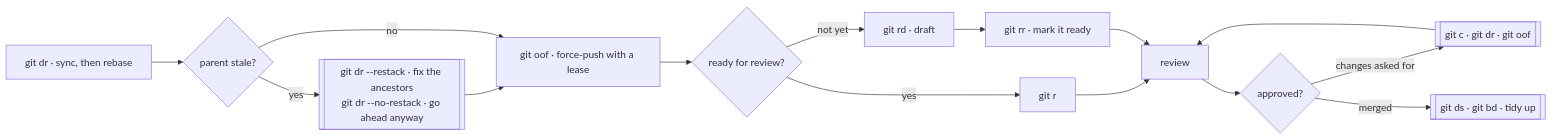
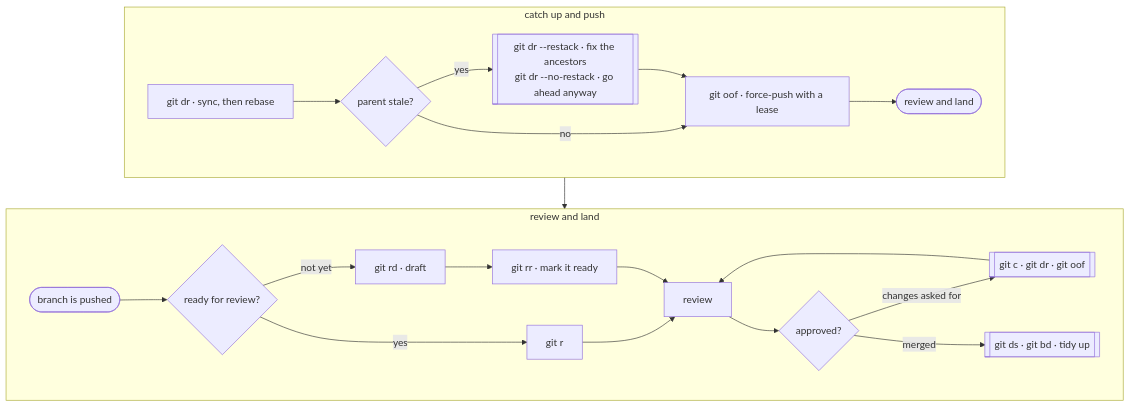
Before and after one commit to adrian-enspired/gitconfig: the diagram in docs/opening-a-pull-request.md, drawn with Mermaid. The commit also changed 11 other files, not shown here.

````diff
--- a/docs/opening-a-pull-request.md
+++ b/docs/opening-a-pull-request.md
@@ -6,17 +6,25 @@
 ```mermaid
-flowchart LR
-    A["git dr · sync, then rebase"] --> B{parent stale?}
-    B -- yes --> C[["git dr --restack · fix the ancestors<br/>git dr --no-restack · go ahead anyway"]]
-    C --> D["git oof · force-push with a lease"]
-    B -- no --> D
-    D --> E{ready for review?}
-    E -- yes --> F["git r"]
-    E -- not yet --> G["git rd · draft"]
-    G --> H["git rr · mark it ready"]
-    F --> I[review]
-    H --> I
-    I --> J{approved?}
-    J -- changes asked for --> K[["git c · git dr · git oof"]]
-    K --> I
-    J -- merged --> L[["git ds · git bd · tidy up"]]
+flowchart TD
+    subgraph one ["catch up and push"]
+        direction LR
+        A["git dr · sync, then rebase"] --> B{parent stale?}
+        B -- yes --> C[["git dr --restack · fix the ancestors<br/>git dr --no-restack · go ahead anyway"]]
+        C --> D["git oof · force-push with a lease"]
+        B -- no --> D
+        D --> N(["review and land"])
+    end
+    subgraph two ["review and land"]
+        direction LR
+        E(["branch is pushed"]) --> F{ready for review?}
+        F -- yes --> G["git r"]
+        F -- not yet --> H["git rd · draft"]
+        H --> I["git rr · mark it ready"]
+        G --> J[review]
+        I --> J
+        J --> K{approved?}
+        K -- changes asked for --> L[["git c · git dr · git oof"]]
+        L --> J
+        K -- merged --> M[["git ds · git bd · tidy up"]]
+    end
+    one --> two
 ```
````
